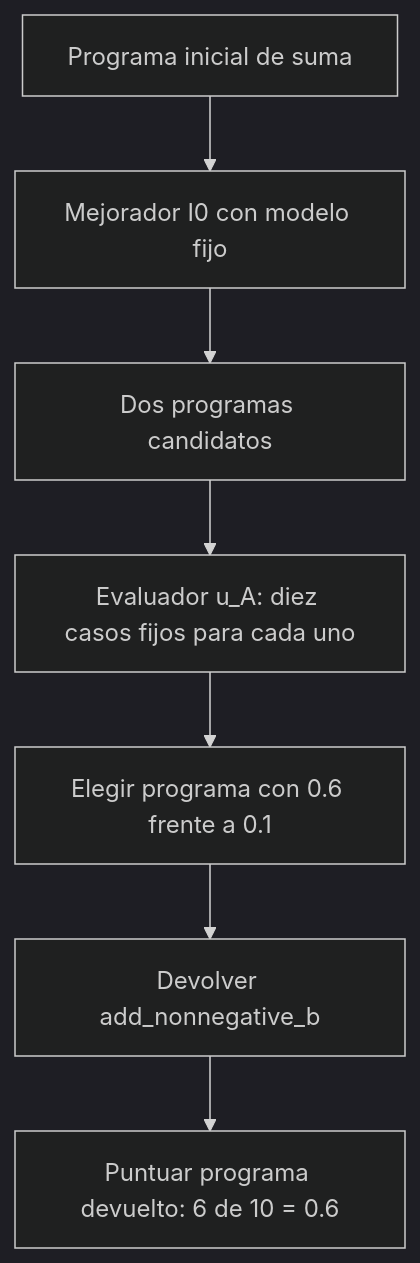
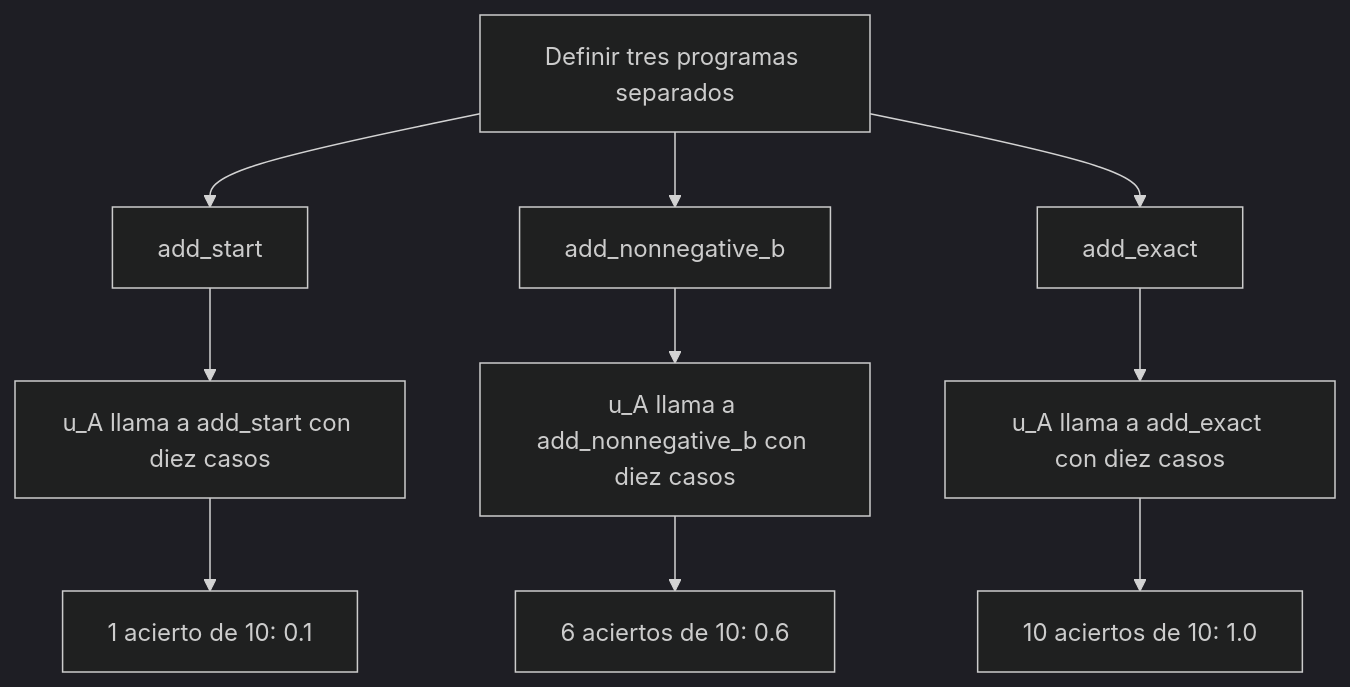
Before and after one commit to jairzinhosantos/thinking-harness: the third of 7 diagrams in research/literature/reviews/pap-0001-stop.es.md, drawn with Mermaid (dark theme). The commit also changed other lines of this file and 1 other file, not shown here.

````diff
--- a/research/literature/reviews/pap-0001-stop.es.md
+++ b/research/literature/reviews/pap-0001-stop.es.md
@@ -277,9 +188,12 @@
 ```mermaid
 flowchart TD
-    S[Programa inicial de suma] --> I[Mejorador I0 con modelo fijo]
-    I --> C[Dos programas candidatos]
-    C --> U[Evaluador u_A: diez casos fijos para cada uno]
-    U --> P[Elegir programa con 0.6 frente a 0.1]
-    P --> R[Devolver add_nonnegative_b]
-    R --> F[Puntuar programa devuelto: 6 de 10 = 0.6]
+    D[Definir tres programas separados] --> S[add_start]
+    D --> P[add_nonnegative_b]
+    D --> E[add_exact]
+    S --> US[u_A llama a add_start con diez casos]
+    P --> UP[u_A llama a add_nonnegative_b con diez casos]
+    E --> UE[u_A llama a add_exact con diez casos]
+    US --> RS[1 acierto de 10: 0.1]
+    UP --> RP[6 aciertos de 10: 0.6]
+    UE --> RE[10 aciertos de 10: 1.0]
 ```
````
